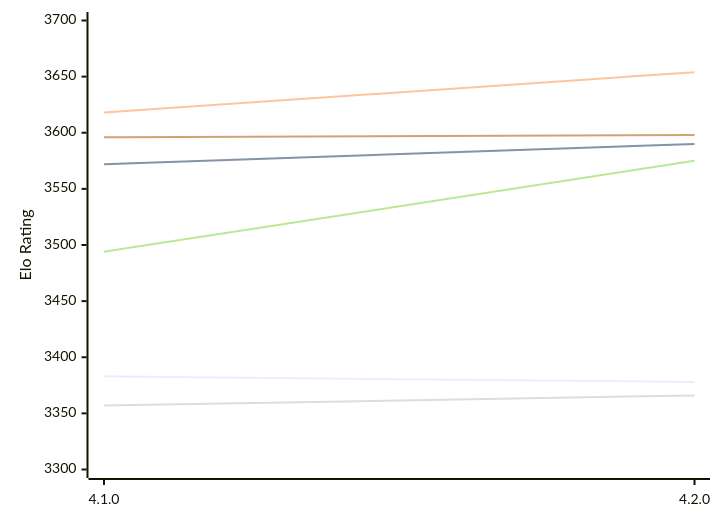
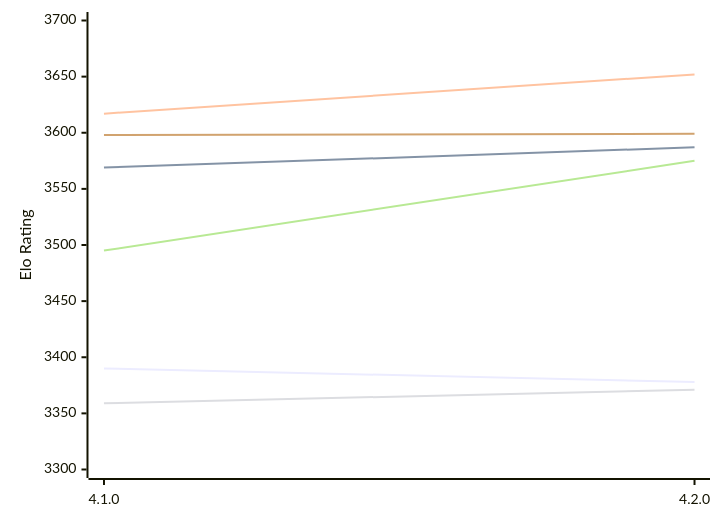
Before and after one commit to computer-chess-index/cci: the first of 2 diagrams in engines/Raphael.md, drawn with Mermaid. The commit also changed other lines of this file, not shown here.

Commit message:
Update CCI Ratings (ELO VLTC) - 2026-11-27

````diff
--- a/engines/Raphael.md
+++ b/engines/Raphael.md
@@ -59,12 +59,12 @@
 ```mermaid
 %%{init: {"theme":"base","themeVariables":{"seriesColors:['#a3a3a3','#222221','#faa371']}}}%%
 xychart-beta
   x-axis ["4.1.0", "4.2.0"]
   y-axis "Elo Rating" 3300 --> 3700
-  line "E1: STC (8.0+0.08s)" [3383, 3378]
-  line "E1: LTC (60.0+0.60s)" [3572, 3590]
-  line "E1: VLTC (2m24s+1.12s)" [3618, 3654]
-  line "P1: STC (8.0+0.08s)" [3357, 3366]
-  line "P1: LTC (60.0+0.60s)" [3494, 3575]
-  line "P1: VLTC (2m24s+1.12s)" [3596, 3598]
+  line "E1: STC (8.0+0.08s)" [3390, 3378]
+  line "E1: LTC (60.0+0.60s)" [3569, 3587]
+  line "E1: VLTC (2m24s+1.12s)" [3617, 3652]
+  line "P1: STC (8.0+0.08s)" [3359, 3371]
+  line "P1: LTC (60.0+0.60s)" [3495, 3575]
+  line "P1: VLTC (2m24s+1.12s)" [3598, 3599]
 ```
````
